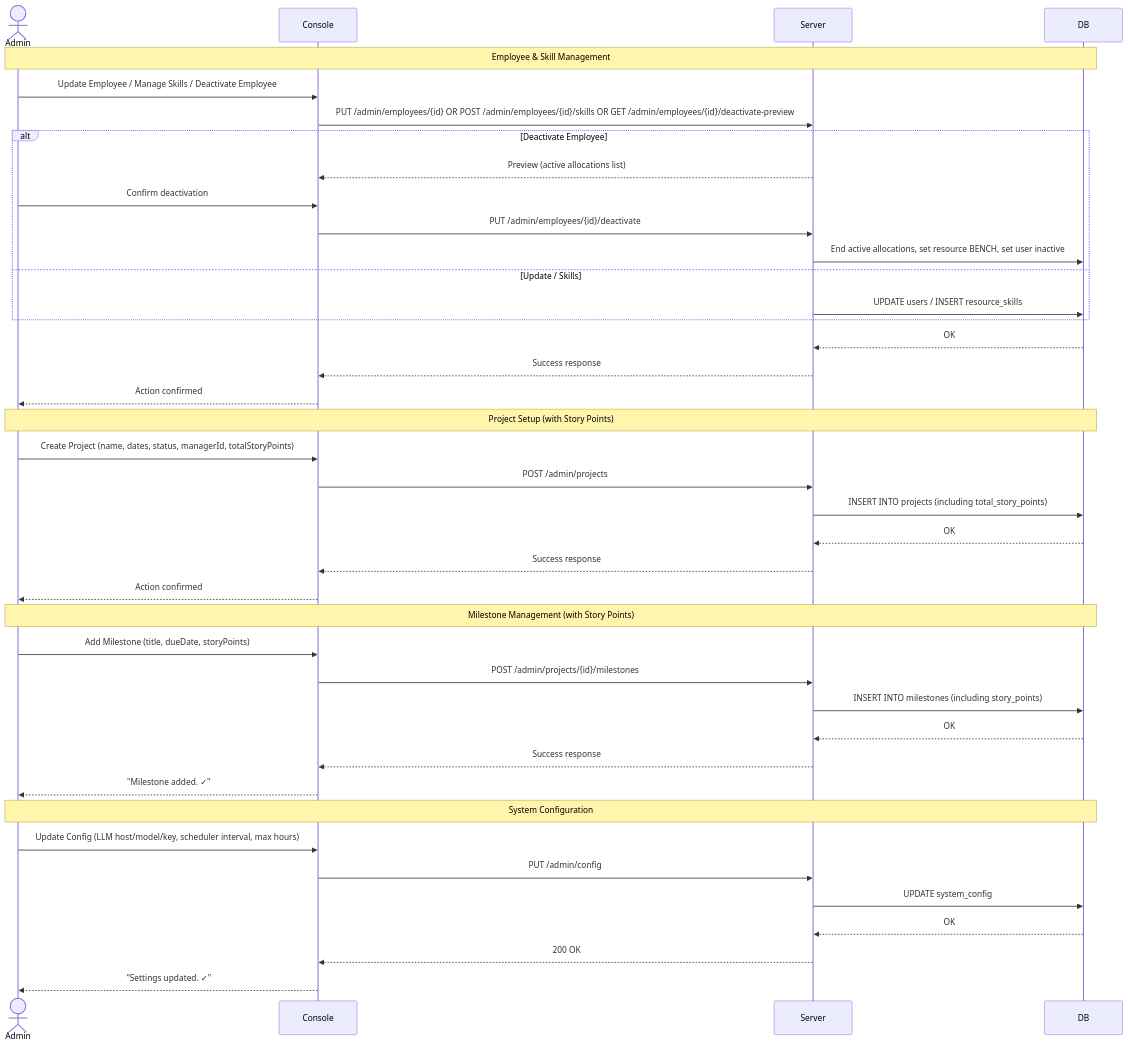
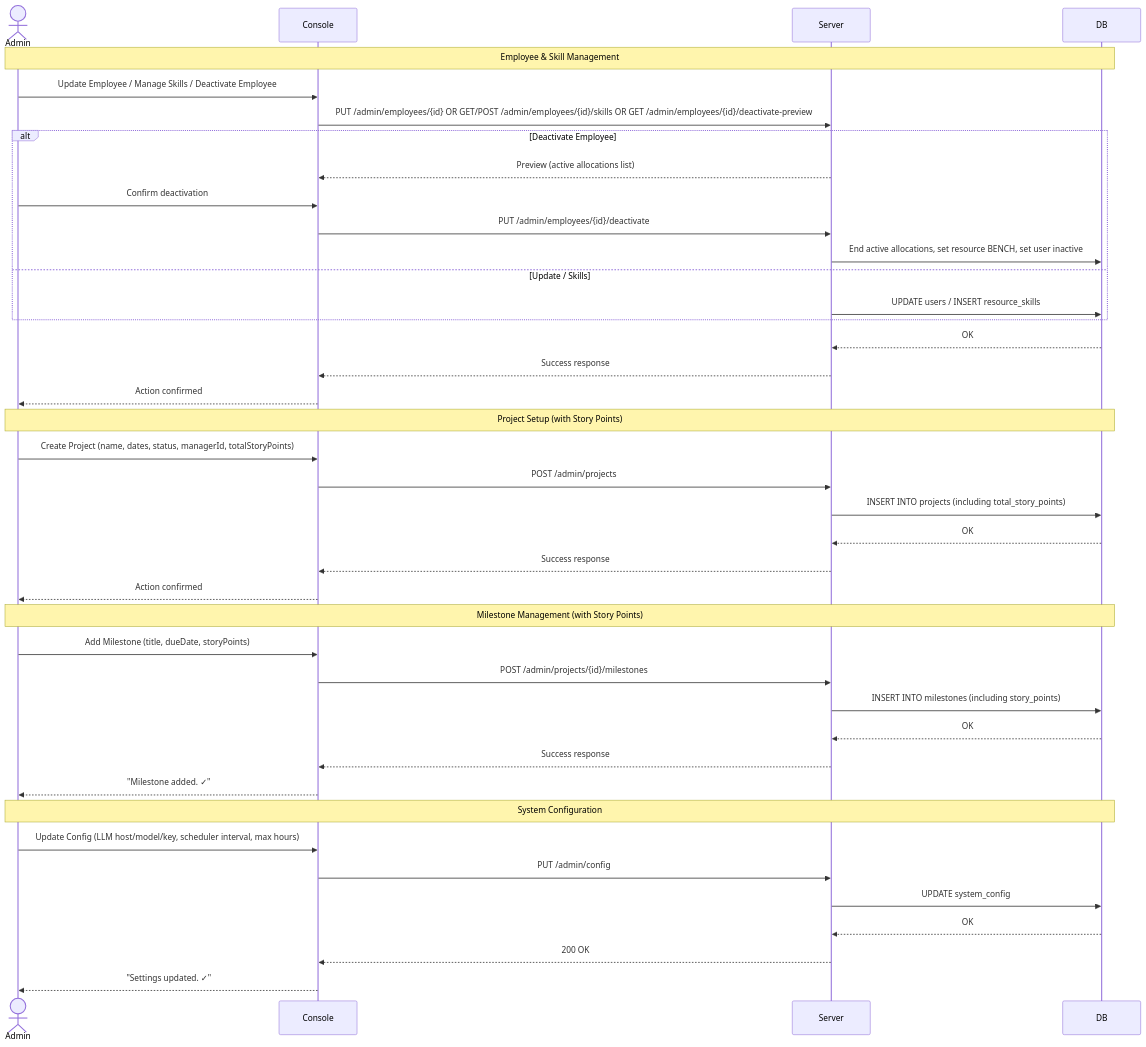
Before and after one commit to RiyaAmetaITT/Project-Resource-Management-tool: the second of 6 diagrams in UML Design/sequence_diagrams.md, drawn with Mermaid. The commit also changed other lines of this file and 1 other file, not shown here.

Commit message:
Added updated design diagram

````diff
--- a/UML Design/sequence_diagrams.md
+++ b/UML Design/sequence_diagrams.md
@@ -75,46 +75,46 @@
 ```mermaid
 sequenceDiagram
     actor Admin
     participant Console
     participant Server
     participant DB
 
     Note over Admin,DB: Employee & Skill Management
     Admin->>Console: Update Employee / Manage Skills / Deactivate Employee
-    Console->>Server: PUT /admin/employees/{id} OR POST /admin/employees/{id}/skills OR GET /admin/employees/{id}/deactivate-preview
+    Console->>Server: PUT /admin/employees/{id} OR GET/POST /admin/employees/{id}/skills OR GET /admin/employees/{id}/deactivate-preview
     alt Deactivate Employee
         Server-->>Console: Preview (active allocations list)
         Admin->>Console: Confirm deactivation
         Console->>Server: PUT /admin/employees/{id}/deactivate
         Server->>DB: End active allocations, set resource BENCH, set user inactive
     else Update / Skills
         Server->>DB: UPDATE users / INSERT resource_skills
     end
     DB-->>Server: OK
     Server-->>Console: Success response
     Console-->>Admin: Action confirmed
 
     Note over Admin,DB: Project Setup (with Story Points)
     Admin->>Console: Create Project (name, dates, status, managerId, totalStoryPoints)
     Console->>Server: POST /admin/projects
     Server->>DB: INSERT INTO projects (including total_story_points)
     DB-->>Server: OK
     Server-->>Console: Success response
     Console-->>Admin: Action confirmed
 
     Note over Admin,DB: Milestone Management (with Story Points)
     Admin->>Console: Add Milestone (title, dueDate, storyPoints)
     Console->>Server: POST /admin/projects/{id}/milestones
     Server->>DB: INSERT INTO milestones (including story_points)
     DB-->>Server: OK
     Server-->>Console: Success response
     Console-->>Admin: "Milestone added. ✓"
 
     Note over Admin,DB: System Configuration
     Admin->>Console: Update Config (LLM host/model/key, scheduler interval, max hours)
     Console->>Server: PUT /admin/config
     Server->>DB: UPDATE system_config
     DB-->>Server: OK
     Server-->>Console: 200 OK
     Console-->>Admin: "Settings updated. ✓"
 ```
````
